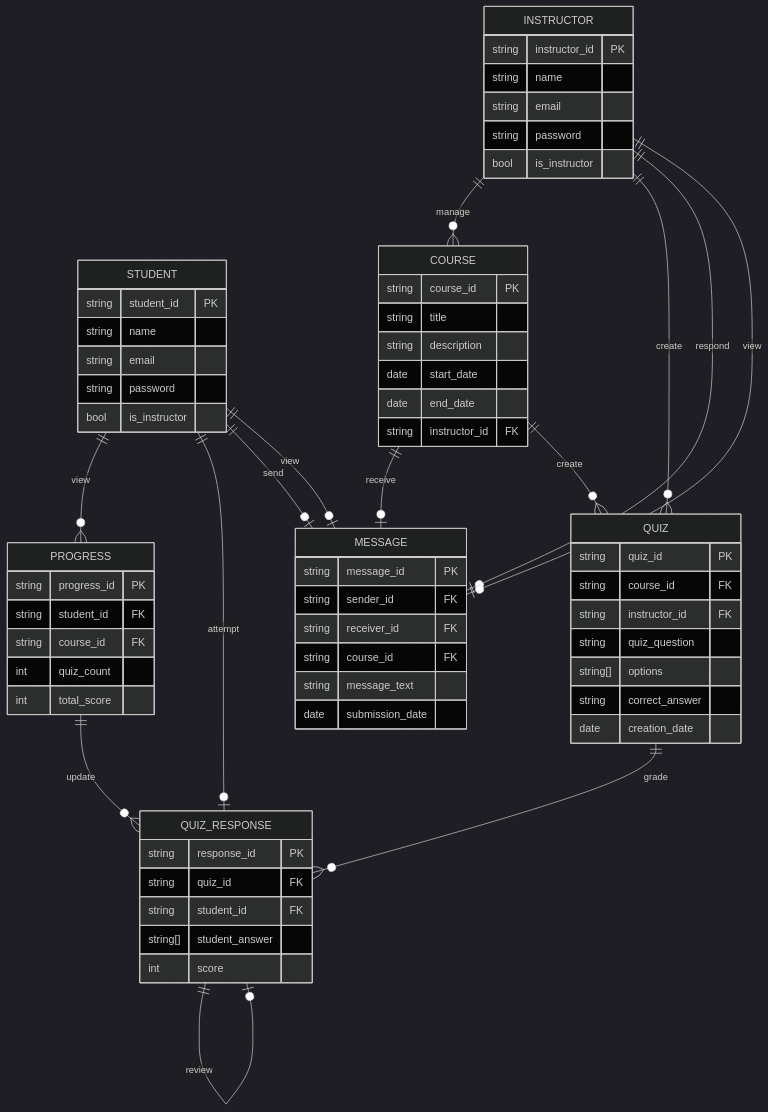
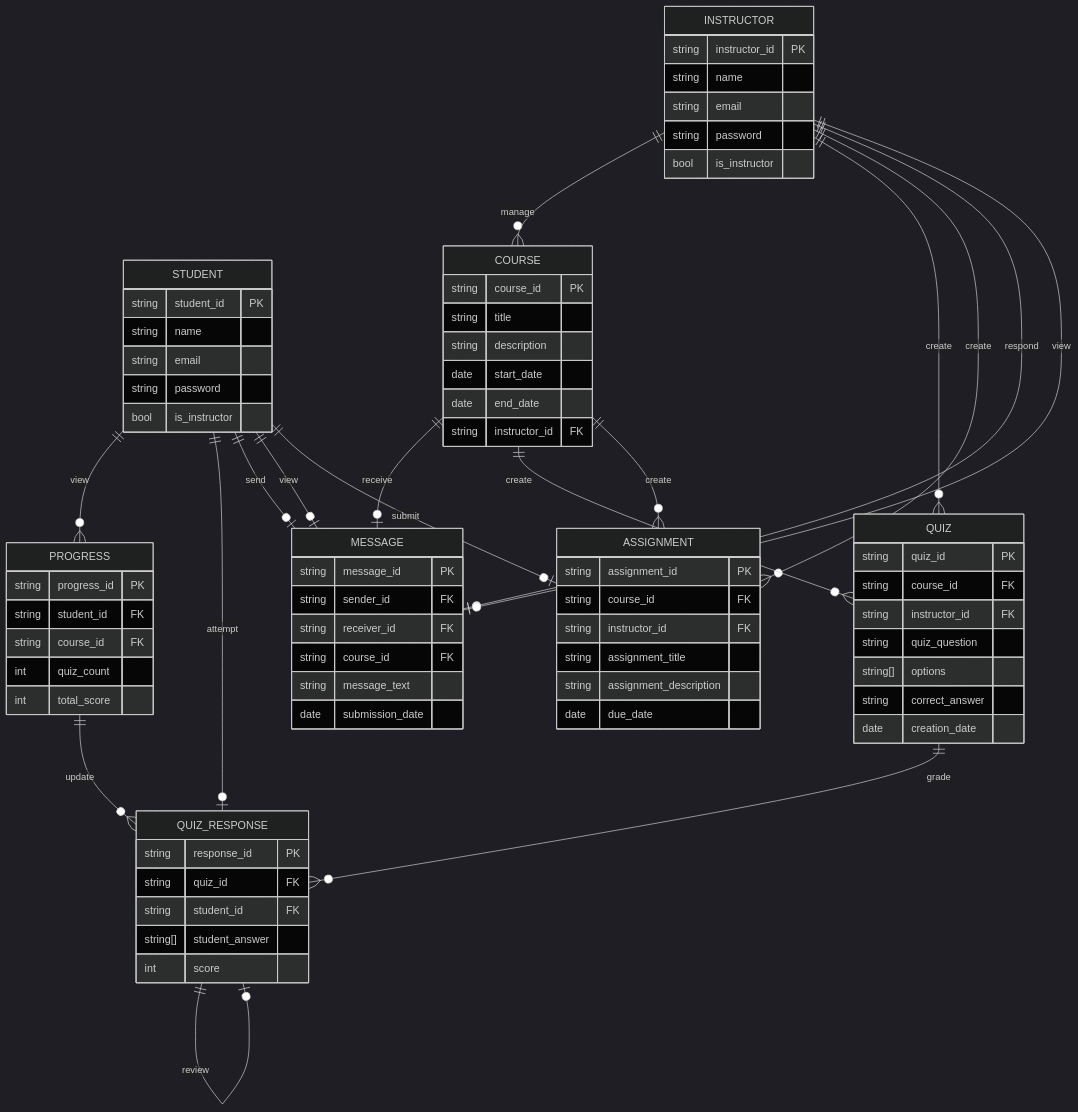
The diagram in database.md (Phastboy/diver-learn), drawn with Mermaid (dark theme) before and after one commit.

````diff
--- a/database.md
+++ b/database.md
@@ -1,69 +1,80 @@
 ```mermaid
 erDiagram
 	STUDENT {
-	string student_id PK
-	string name
-	string email
-	string password
-	bool is_instructor
+		string student_id PK
+		string name
+		string email
+		string password
+		bool is_instructor
 	}
 	INSTRUCTOR {
-	string instructor_id PK
-	string name
-	string email
-	string password
-	bool is_instructor
+		string instructor_id PK
+		string name
+		string email
+		string password
+		bool is_instructor
 	}
 	COURSE {
-	string course_id PK
-	string title
-	string description
-	date start_date
-	date end_date
-	string instructor_id FK
+		string course_id PK
+		string title
+		string description
+		date start_date
+		date end_date
+		string instructor_id FK
 	}
 	QUIZ {
-	string quiz_id PK
-	string course_id FK
-	string instructor_id FK
-	string quiz_question
-	string[] options
-	string correct_answer
-	date creation_date
+		string quiz_id PK
+		string course_id FK
+		string instructor_id FK
+		string quiz_question
+		string[] options
+		string correct_answer
+		date creation_date
+	}
+	ASSIGNMENT {
+		string assignment_id PK
+		string course_id FK
+		string instructor_id FK
+		string assignment_title
+		string assignment_description
+		date due_date
 	}
 	QUIZ_RESPONSE {
-	string response_id PK
-	string quiz_id FK
-	string student_id FK
-	string[] student_answer
-	int score
+		string response_id PK
+		string quiz_id FK
+		string student_id FK
+		string[] student_answer
+		int score
 	}
 	PROGRESS {
-	string progress_id PK
-	string student_id FK
-	string course_id FK
-	int quiz_count
-	int total_score
+		string progress_id PK
+		string student_id FK
+		string course_id FK
+		int quiz_count
+		int total_score
 	}
 	MESSAGE {
-	string message_id PK
-	string sender_id FK
-	string receiver_id FK
-	string course_id FK
-	string message_text
-	date submission_date
+		string message_id PK
+		string sender_id FK
+		string receiver_id FK
+		string course_id FK
+		string message_text
+		date submission_date
 	}
 	STUDENT ||--o{ PROGRESS : view
 	STUDENT ||--o| QUIZ_RESPONSE : attempt
 	STUDENT ||--o| MESSAGE : send
 	STUDENT ||--o| MESSAGE : view
+	STUDENT ||--o| ASSIGNMENT : submit
 	INSTRUCTOR ||--o{ COURSE : manage
 	INSTRUCTOR ||--o{ QUIZ : create
+	INSTRUCTOR ||--o{ ASSIGNMENT : create
 	INSTRUCTOR ||--o| MESSAGE : respond
 	INSTRUCTOR ||--o| MESSAGE : view
 	COURSE ||--o| MESSAGE : receive
 	COURSE ||--o{ QUIZ : create
+	COURSE ||--o{ ASSIGNMENT : create
 	QUIZ ||--o{ QUIZ_RESPONSE : grade
 	QUIZ_RESPONSE ||--o| QUIZ_RESPONSE : review
 	PROGRESS ||--o{ QUIZ_RESPONSE : update
 ```
````
